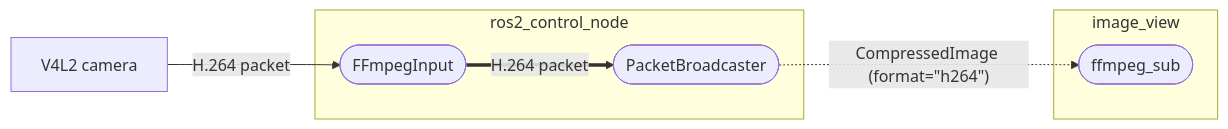
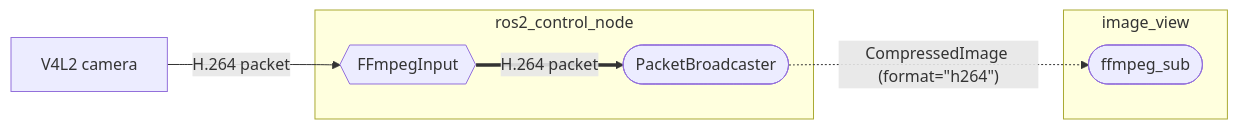
Before and after one commit to yoshito-n-students/ffmpeg_pipeline: the first of 3 diagrams in README.md, drawn with Mermaid.

Commit message:
continued

````diff
--- a/README.md
+++ b/README.md
@@ -120,11 +120,11 @@
 ```mermaid
 flowchart LR
-   A@{ shape: rect, label: "V4L2 camera" } -- "H.264 packet" --> B@{ shape: stadium, label: "FFmpegInput" }
+   A@{ shape: rect, label: "V4L2 camera" } -- "H.264 packet" --> B@{ shape: hex, label: "FFmpegInput" }
    subgraph ros2_control_node
    B == "H.264 packet" ==> C@{ shape: stadium, label: "PacketBroadcaster" }
    end
    C -. "CompressedImage (format=#quot;h264#quot;)" .-> D@{ shape: stadium, label: "ffmpeg_sub" }
    subgraph image_view
    D
    end
 ```
````
